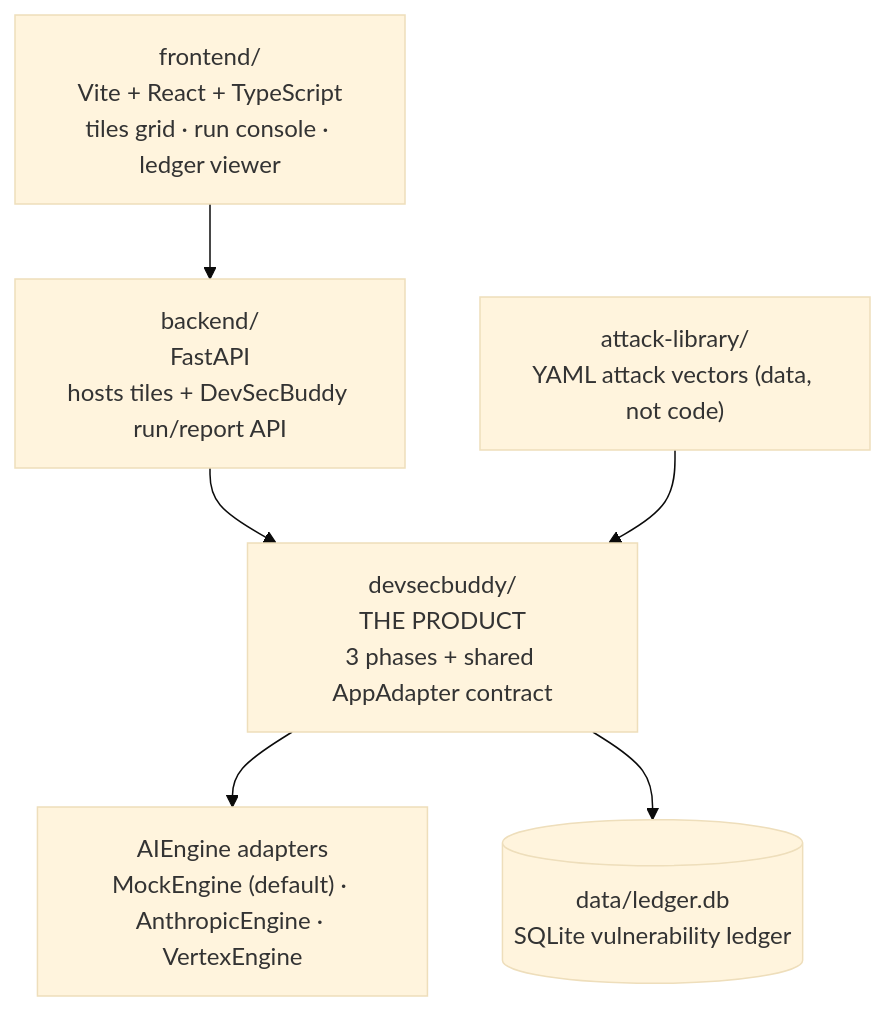
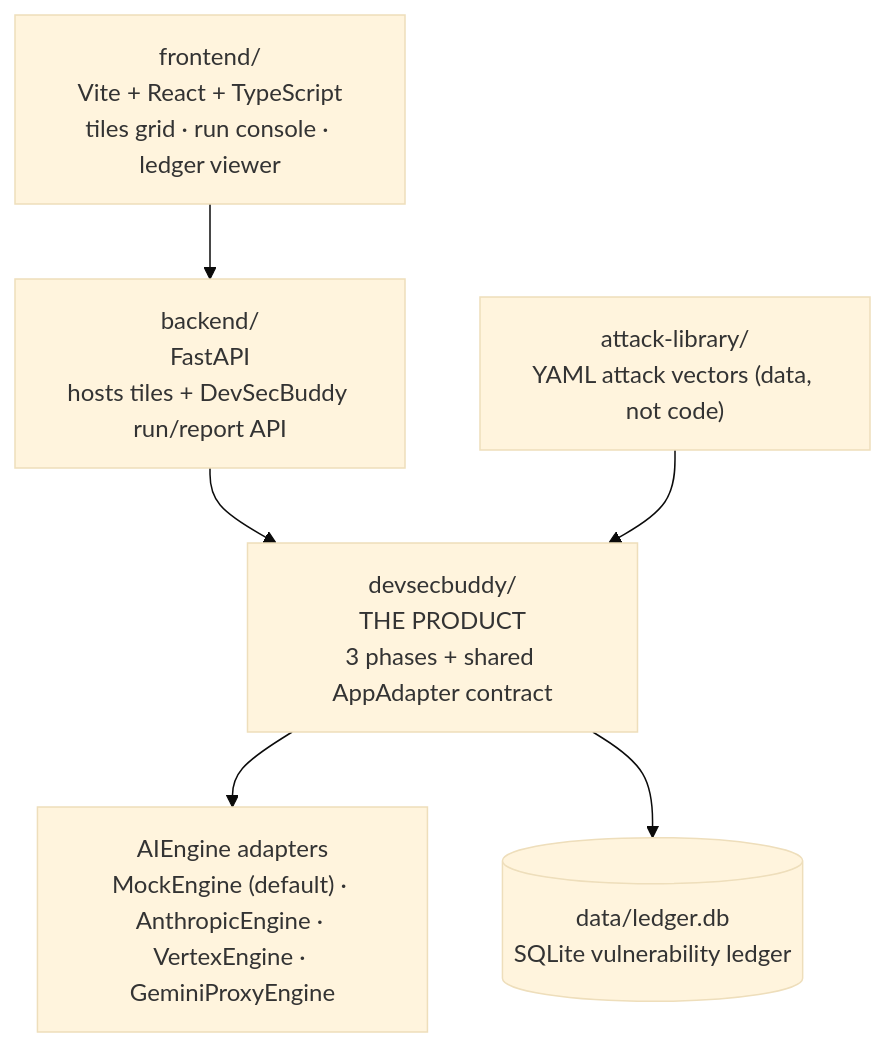
The second of 2 diagrams in README.md (koeplinger/ai_devsecbuddy), drawn with Mermaid (base theme) before and after one commit. The commit also changed other lines of this file and 12 other files, not shown here.

````diff
--- a/README.md
+++ b/README.md
@@ -77,15 +109,15 @@
 ```mermaid
 flowchart TB
     FE["frontend/<br/>Vite + React + TypeScript<br/>tiles grid · run console · ledger viewer"]
     BE["backend/<br/>FastAPI<br/>hosts tiles + DevSecBuddy run/report API"]
     LIB["devsecbuddy/<br/>THE PRODUCT<br/>3 phases + shared AppAdapter contract"]
-    ENG["AIEngine adapters<br/>MockEngine (default) · AnthropicEngine · VertexEngine"]
+    ENG["AIEngine adapters<br/>MockEngine (default) · AnthropicEngine · VertexEngine · GeminiProxyEngine"]
     AL["attack-library/<br/>YAML attack vectors (data, not code)"]
     DB[("data/ledger.db<br/>SQLite vulnerability ledger")]
 
     FE --> BE
     BE --> LIB
     LIB --> ENG
     AL --> LIB
     LIB --> DB
 ```
````
